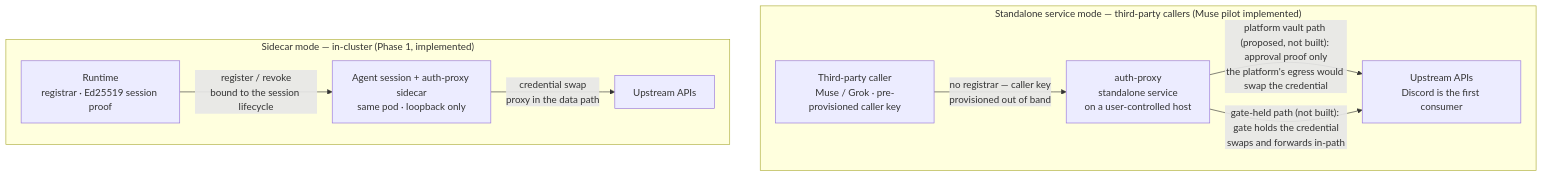
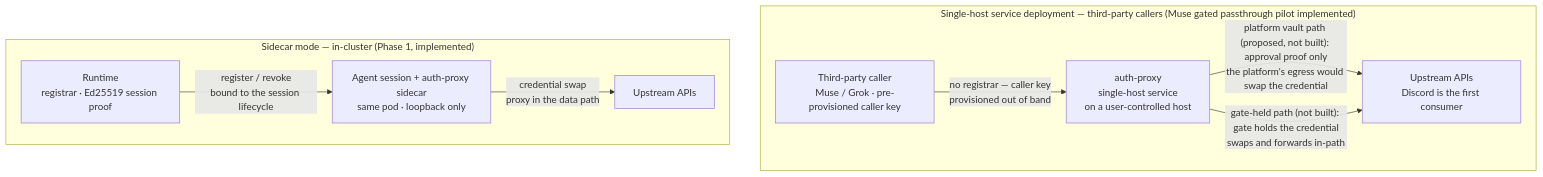
Before and after one commit to openabdev/auth-proxy: the second of 3 diagrams in README.md, drawn with Mermaid. The commit also changed other lines of this file and 6 other files, not shown here.

First line of the commit message:
docs: name the Muse approval feature 'gated passthrough' (#48)

````diff
--- a/README.md
+++ b/README.md
@@ -56,21 +56,21 @@
 ```mermaid
 flowchart LR
     subgraph SIDE["Sidecar mode — in-cluster (Phase 1, implemented)"]
         RT["Runtime<br/>registrar · Ed25519 session proof"]
         POD["Agent session + auth-proxy sidecar<br/>same pod · loopback only"]
         UP1["Upstream APIs"]
         RT -->|"register / revoke<br/>bound to the session lifecycle"| POD
         POD -->|"credential swap<br/>proxy in the data path"| UP1
     end
 
     UP1 ~~~ TP
 
-    subgraph STAND["Standalone service mode — third-party callers (Muse pilot implemented)"]
+    subgraph STAND["Single-host service deployment — third-party callers (Muse gated passthrough pilot implemented)"]
         TP["Third-party caller<br/>Muse / Grok · pre-provisioned caller key"]
-        GATE["auth-proxy<br/>standalone service<br/>on a user-controlled host"]
+        GATE["auth-proxy<br/>single-host service<br/>on a user-controlled host"]
         UP2["Upstream APIs<br/>Discord is the first consumer"]
         TP -->|"no registrar — caller key<br/>provisioned out of band"| GATE
         GATE -->|"platform vault path (proposed, not built): approval proof only<br/>the platform's egress would swap the credential"| UP2
         GATE -->|"gate-held path (not built): gate holds the credential<br/>swaps and forwards in-path"| UP2
     end
 ```
````
